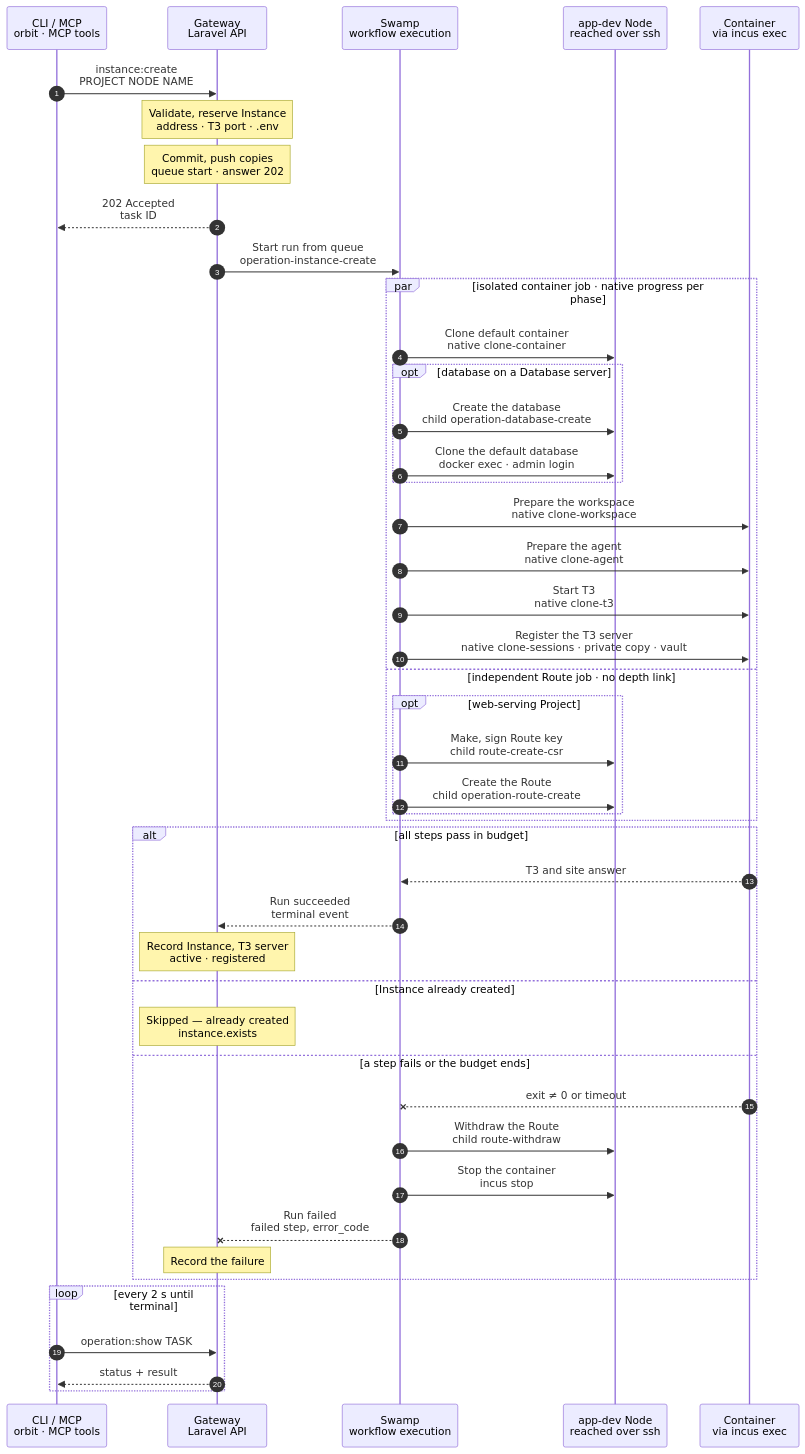
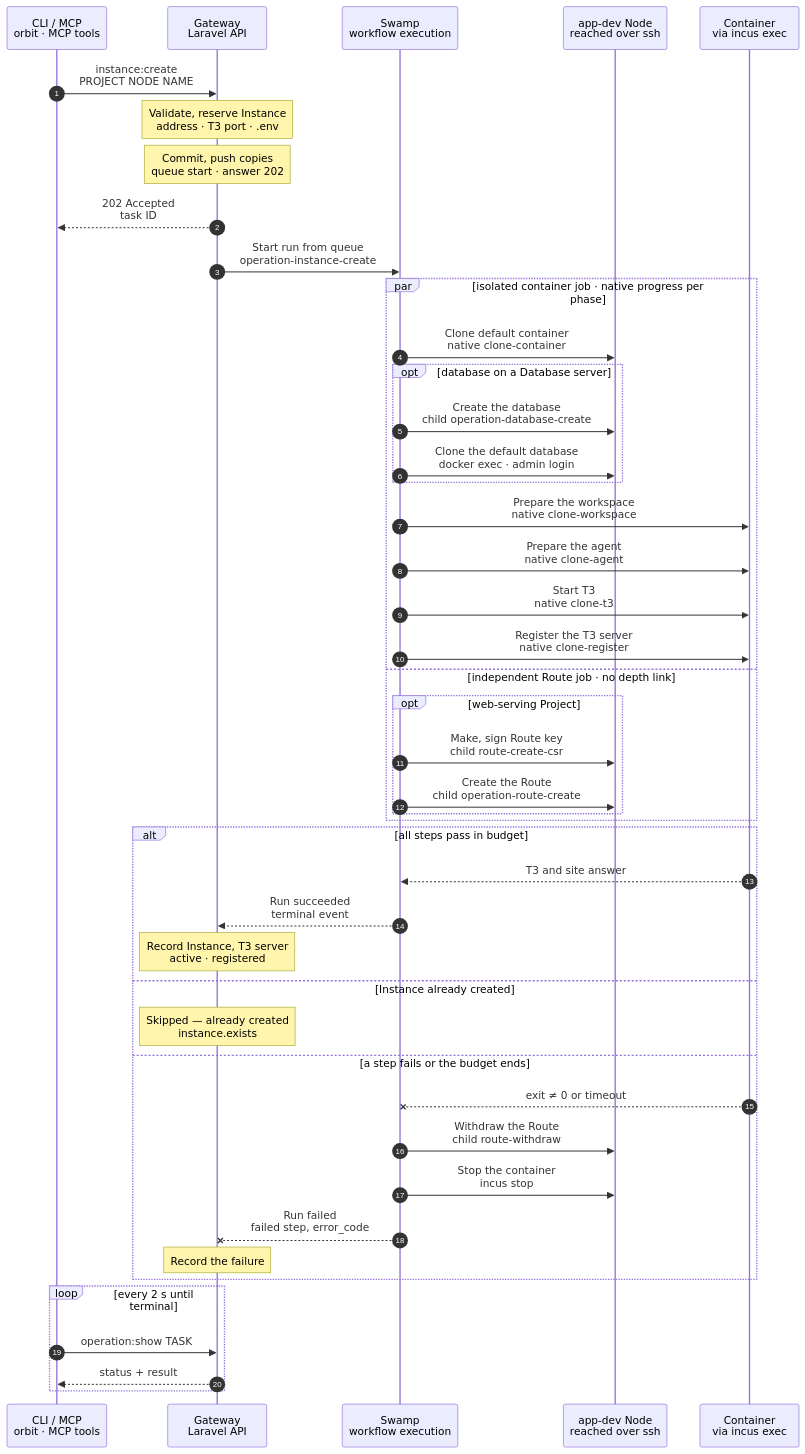
The diagram in docs/cli/instance/container/create.mmd (hardimpactdev/orbit), drawn with Mermaid before and after one commit. The commit also changed 7 other files, not shown here.

```diff
--- a/docs/cli/instance/container/create.mmd
+++ b/docs/cli/instance/container/create.mmd
@@ -1,116 +1,116 @@
 sequenceDiagram
   %% Target design, container runtime (ADR 0250 step 3, docs/reference/development-containers.md#create): every new Instance is a ZFS clone of the Project's default Instance on its Node, with a clone of its database. Built for the Nodes of the build list. The kind and its step names follow docs/cli/instance/create.mmd; the intent's `container.clone` marks a clone. The Project's first default Instance is container/create-default.mmd; when the charts move into place, it becomes the first-default branch of this chart.
   %% status: draft
   %% command: instance:create
   %% kind: instance.create
   autonumber
   %% lane CLI icon=terminal pill=caller tone=gray
   %% lane GW icon=gateway pill=intent tone=blue
   %% lane SW icon=workflow pill=executes tone=green
   %% lane N icon=server pill=target tone=amber
   %% lane C icon=server pill=target tone=purple
   participant CLI as CLI / MCP<br/>orbit · MCP tools
   participant GW as Gateway<br/>Laravel API
   participant SW as Swamp<br/>workflow execution
   participant N as app-dev Node<br/>reached over ssh
   participant C as Container<br/>via incus exec
   CLI->>GW: instance:create<br/>PROJECT NODE NAME
   %%> Command:
   %%> - `orbit instance:create PROJECT NODE NAME`
   %%> - syntax: `<project> <node> <name> [--root=PATH] [--domain=HOST] [--branch=BRANCH] [--database-server=SLUG]`
   Note over GW: Validate, reserve Instance<br/>address · T3 port · .env
   %%> Requirements:
   %%> - the calling Node has node access to the target Node, an active `app-dev` Node
   %%> - the Project's `default` Instance runs in a container on this Node, is active and has a seed snapshot, else `instance.default_missing`
   %%> - Conn is enabled, and the model router has its guard, else `operation.kind_unavailable`
   %%> - a database on a Database server clones on the default's server; another server refuses `instance.database_clone_unsupported`
   %%> Result:
   %%> - the Instance is reserved with its runtime record: container name, bridge address, the lowest free T3 port from 3800 and the default as clone source
   %%> - `.env` is rendered from the Project's env template; it, the placeholder model key and a repository read token go to the vault
   %%> - the clone workspace reads one private JSON vault value with `.env` and the Process environment files; SSH stdin takes the whole value
   %%> - a task is recorded with the full intent and `container.clone`
   Note over GW: Commit, push copies<br/>queue start · answer 202
   GW-->>CLI: 202 Accepted<br/>task ID
   GW->>SW: Start run from queue<br/>operation-instance-create
   par isolated container job · native progress per phase
     SW->>N: Clone default container<br/>native clone-container
     %%> What it does:
     %%> - the copy supplies the full root disk device (type, path, pool and size), whether the seed inherits it or stores it locally
     %%> - `incus copy` of the default container's snapshot `seed-<commit>`, a ZFS clone; a stopped default needs no start
     %%> - the copy gets its own bridge address and ACL, and the proxy device `t3`: NAT from the Node's WireGuard address and the T3 port to T3's port 3773
     %%> - the container's ACL lets the Node's Caddy reach port 8080, WireGuard peers reach port 3773, and the container reach its database server's port
     %%> - UFW: a route rule admits WireGuard peers to T3, below a deny for the task VM range; a rule admits the container to its database server's port
     %%> - starts the copy: nftables, `hidepid` and the image's units start; T3 does not, because `/etc/orbit/instance` does not exist yet
     %%> Branch:
     %%> - fetches the Instance's branch into the Node's mirror with the read token, or creates it at the seed commit; the token stays on the Node
     opt database on a Database server
       SW->>N: Create the database<br/>child operation-database-create
       %%> What it does, through the database family:
       %%> - creates the Instance's owner and an empty database on the default's server
       SW->>N: Clone the default database<br/>docker exec · admin login
       %%> What it does:
       %%> - PostgreSQL: refuses new connections to the default database and ends its sessions, then `CREATE DATABASE … TEMPLATE`, and gives the clone's objects to the new owner
       %%> - a cleanup that always runs allows connections to the default database again
       %%> - MySQL: a dump of the default database restored into the new one
       %%> Runs beside the clone step: Swamp starts both at once.
     end
     SW->>C: Prepare the workspace<br/>native clone-workspace
     %%> What it does:
     %%> - pushes the branch in as a bundle and checks it out in `/srv/workspace`; the group, setgid bits and default ACLs come with the clone
     %%> - writes `.env` for `orbit` with group `work`; it keeps the default's `APP_KEY`, because the cloned data is encrypted with it
     %%> No setup steps:
     %%> - the default Instance installed the dependencies and migrated; a later lockfile change is installed in the workspace
     SW->>C: Prepare the agent<br/>native clone-agent
     %%> What it does:
     %%> - writes the placeholder key for `agent`, and the Claude Code and Codex settings that point at the model forwarder
     %%> - links `~/.claude/CLAUDE.md` and `~/.codex/AGENTS.md` of `agent` to the note of the Project type
     %%> - writes `/etc/orbit/instance`, owned by root and readable by all
     %%> What it does:
     %%> - writes the shared FrankenPHP Caddyfile and unit, then restarts it as `orbit`; only the Node's bridge peer with `X-Forwarded-Proto: https` sets PHP's HTTPS scheme, port and resolved client IP
   %%> - starts use nonblocking systemd jobs, then a bounded readiness check for each running unit; container Process units order after `network.target`
     SW->>C: Start T3<br/>native clone-t3
     %%> What it does:
     %%> - T3 starts for the first time and creates its identity; the T3 project `/srv/workspace` is added as `agent`
     %%> Check:
     %%> - waits up to 30 s for `/.well-known/t3/environment`, else `instance.t3_unready`
-    SW->>C: Register the T3 server<br/>native clone-sessions · private copy · vault
+    SW->>C: Register the T3 server<br/>native clone-register
     %%> What it does:
     %%> - see container/t3-register.mmd: the sessions go to the vault, and the step checks the environment id and scopes
   and independent Route job · no depth link
     opt web-serving Project
       SW->>N: Make, sign Route key<br/>child route-create-csr
       SW->>N: Create the Route<br/>child operation-route-create
       %%> What it adds:
       %%> - the same steps as `route:create`, with the signed certificate, then a TLS handshake check; no HTTP request waits for app startup
       %%> - the Node's Caddy proxies the Route to FrankenPHP at the container's bridge address
       %%> - the Route job waits only for its CSR; a separate job prevents depth scheduling from delaying the container phases
       %%> - the prepared Route skips workspace ACL and environment writes; the container job owns those
     end
   end
   alt all steps pass in budget
     C-->>SW: T3 and site answer
     SW-->>GW: Run succeeded<br/>terminal event
     Note over GW: Record Instance, T3 server<br/>active · registered
     %%> Result:
     %%> - the Instance, its runtime and its Route become active; the runtime records the default Instance it came from
     %%> - the Conn layer records the T3 server from the result; its Node is the container's Node and it names the Instance
     %%> - the receipt includes when T3 answered, its sessions passed, and the Route TLS probes passed
   else Instance already created
     Note over GW: Skipped — already created<br/>instance.exists
   else a step fails or the budget ends
     C--xSW: exit ≠ 0 or timeout
     SW->>N: Withdraw the Route<br/>child route-withdraw
     %%> When:
     %%> - only when the run published it
     SW->>N: Stop the container<br/>incus stop
     %%> What stays:
     %%> - the stopped container, its database and its runtime record, marked failed; `instance:destroy` removes them
     SW--xGW: Run failed<br/>failed step, error_code
     Note over GW: Record the failure
     %%> Retry:
     %%> - run the same command again; it resumes on the same container and database
   end
   loop every 2 s until terminal
     CLI->>GW: operation:show TASK
     GW-->>CLI: status + result
   end
```
